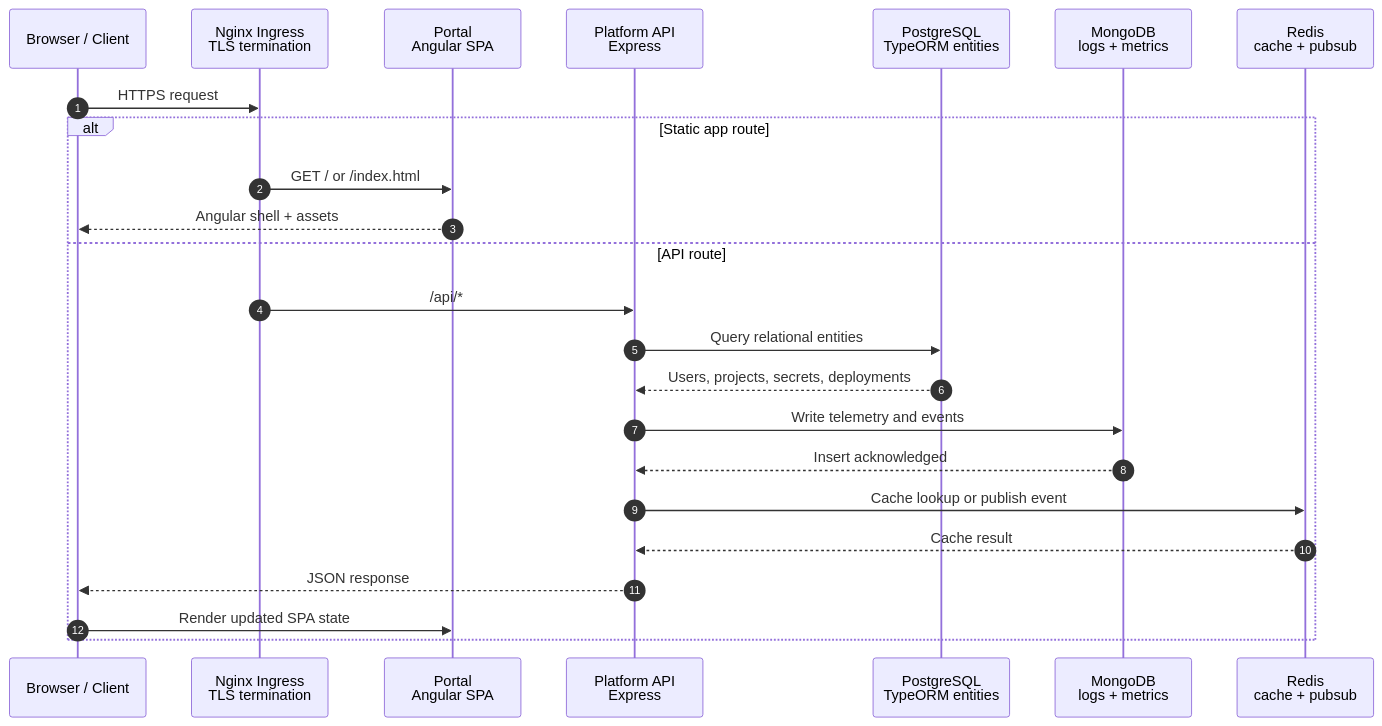
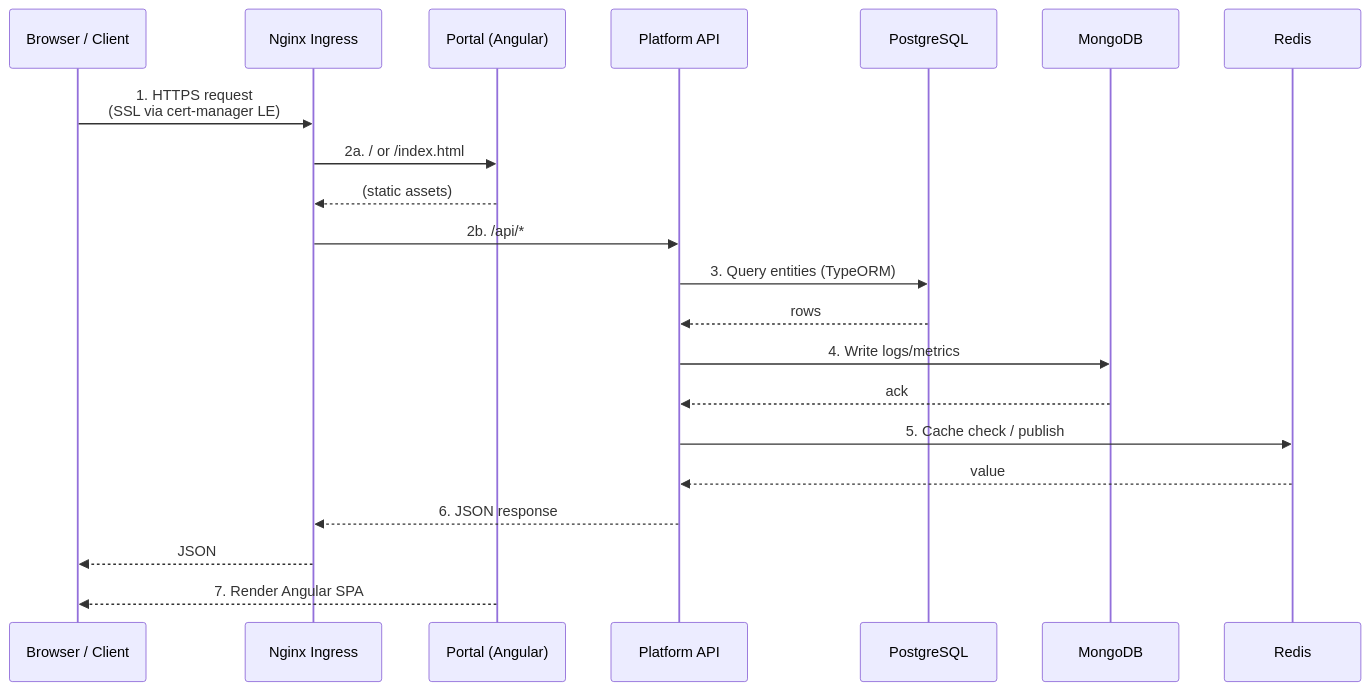
One commit to Mpratyush54/server-automation changed the first of 7 diagrams in platform/portal/public/docs/architecture/data-flow.md. Above: the diagram before and after it, drawn with Mermaid. The commit also changed other lines of this file and 70 other files, not shown here.

````diff
--- a/platform/portal/public/docs/architecture/data-flow.md
+++ b/platform/portal/public/docs/architecture/data-flow.md
@@ -5,27 +5,24 @@
 ```mermaid
 sequenceDiagram
-    autonumber
     participant Browser as Browser / Client
-    participant Ingress as Nginx Ingress<br/>TLS termination
-    participant Portal as Portal<br/>Angular SPA
-    participant API as Platform API<br/>Express
-    participant PG as PostgreSQL<br/>TypeORM entities
-    participant Mongo as MongoDB<br/>logs + metrics
-    participant Redis as Redis<br/>cache + pubsub
+    participant Nginx as Nginx Ingress
+    participant Portal as Portal (Angular)
+    participant API as Platform API
+    participant PG as PostgreSQL
+    participant Mongo as MongoDB
+    participant Redis as Redis
 
-    Browser->>Ingress: HTTPS request
-    alt Static app route
-        Ingress->>Portal: GET / or /index.html
-        Portal-->>Browser: Angular shell + assets
-    else API route
-        Ingress->>API: /api/*
-        API->>PG: Query relational entities
-        PG-->>API: Users, projects, secrets, deployments
-        API->>Mongo: Write telemetry and events
-        Mongo-->>API: Insert acknowledged
-        API->>Redis: Cache lookup or publish event
-        Redis-->>API: Cache result
-        API-->>Browser: JSON response
-        Browser->>Portal: Render updated SPA state
-    end
+    Browser->>Nginx: 1. HTTPS request<br/>(SSL via cert-manager LE)
+    Nginx->>Portal: 2a. / or /index.html
+    Portal-->>Nginx: (static assets)
+    Nginx->>API: 2b. /api/*
+    API->>PG: 3. Query entities (TypeORM)
+    PG-->>API: rows
+    API->>Mongo: 4. Write logs/metrics
+    Mongo-->>API: ack
+    API->>Redis: 5. Cache check / publish
+    Redis-->>API: value
+    API-->>Nginx: 6. JSON response
+    Nginx-->>Browser: JSON
+    Portal-->>Browser: 7. Render Angular SPA
 ```
````
